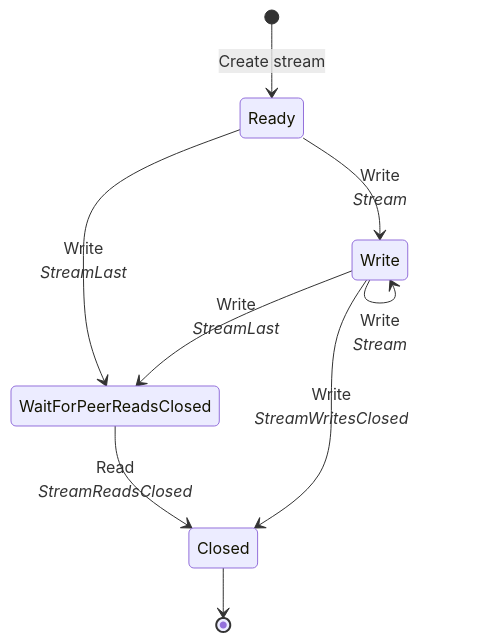
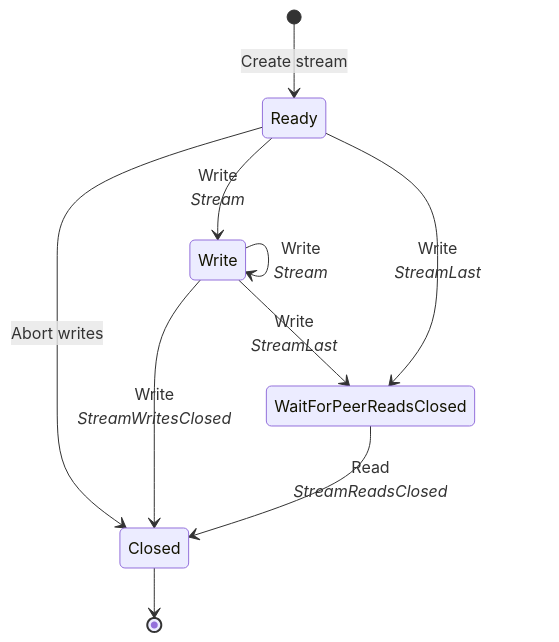
The first of 4 diagrams in content/icerpc/slic-transport/streams.md (icerpc/icerpc-docs), drawn with Mermaid before and after one commit. The commit also changed other lines of this file and 1 other file, not shown here.

````diff
--- a/content/icerpc/slic-transport/streams.md
+++ b/content/icerpc/slic-transport/streams.md
@@ -92,11 +101,12 @@
 ```mermaid
 stateDiagram
     [*] --> Ready: Create stream
     Write --> Write: <center>Write<br/><i>Stream</i></center>
     Write --> WaitForPeerReadsClosed: <center>Write<br/><i>StreamLast</i></center>
     Ready --> Write: <center>Write<br/><i>Stream</i></center>
     Ready --> WaitForPeerReadsClosed: <center>Write<br/><i>StreamLast</i></center>
+    Ready --> Closed: Abort writes
     Write --> Closed: <center>Write<br/><i>StreamWritesClosed</i></center>
     WaitForPeerReadsClosed --> Closed: <center>Read<br/><i>StreamReadsClosed</i></center>
     Closed --> [*]
 ```
````
